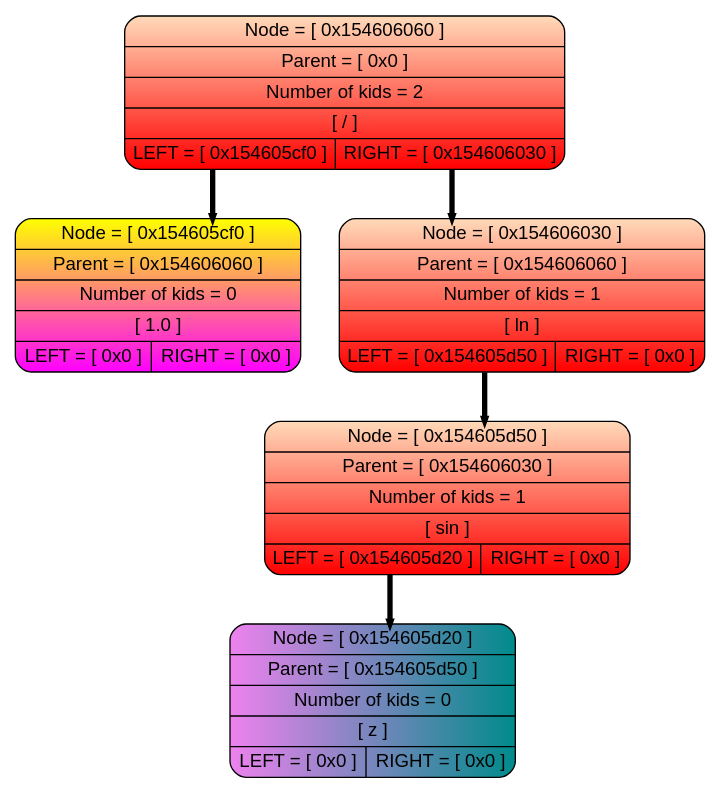
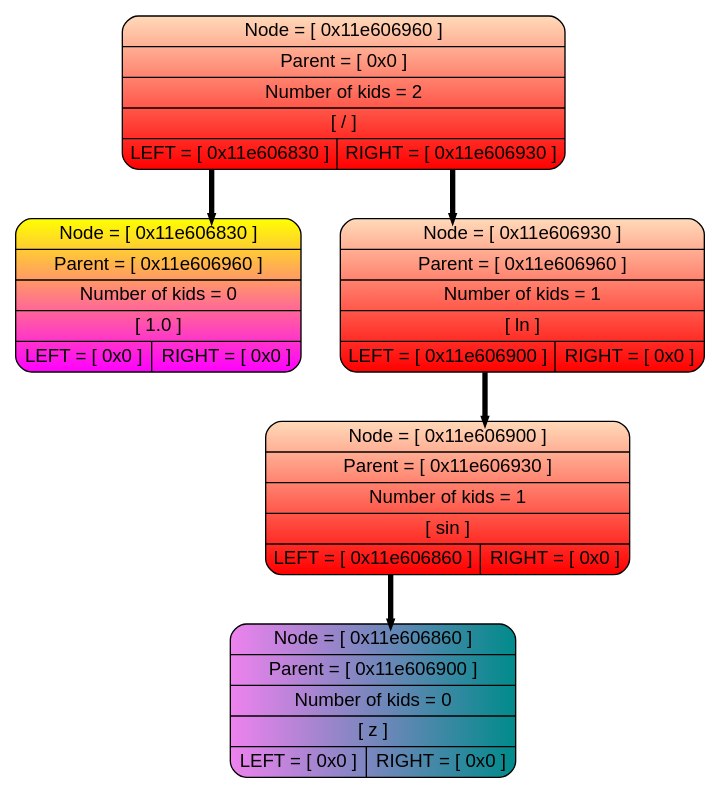
The diagram in Dump-source/dump.dot (livlavr/Differentiator), drawn with Graphviz before and after one commit. The commit also changed 8 other files, not shown here.

```diff
--- a/Dump-source/dump.dot
+++ b/Dump-source/dump.dot
@@ -1,16 +1,16 @@
 digraph tree{
 splines=ortho;
 rankdir=HR;
 nodesep=0.4;
 node [shape=record, fontname="Arial"];
 edge [style=bold, color="black", weight=10, penwidth=4, arrowsize=0.2];
-P0x154606060 [style = "filled, rounded", fillcolor="peachpuff:red" gradientangle=270,label=" {Node = [ 0x154606060 ] | Parent = [ 0x0 ] | Number of kids = 2 |[ / ] | { <l> LEFT = [ 0x154605cf0 ] | <r> RIGHT = [ 0x154606030 ]}}" ];
-P0x154605cf0 [style = "filled, rounded", fillcolor="yellow:magenta" gradientangle=270,label=" {Node = [ 0x154605cf0 ] | Parent = [ 0x154606060 ] | Number of kids = 0 | [ 1.0 ] | { <l> LEFT = [ 0x0 ] | <r> RIGHT = [ 0x0 ]}}" ];
-P0x154606030 [style = "filled, rounded", fillcolor="peachpuff:red" gradientangle=270,label=" {Node = [ 0x154606030 ] | Parent = [ 0x154606060 ] | Number of kids = 1 |[ ln ] | { <l> LEFT = [ 0x154605d50 ] | <r> RIGHT = [ 0x0 ]}}" ];
-P0x154605d50 [style = "filled, rounded", fillcolor="peachpuff:red" gradientangle=270,label=" {Node = [ 0x154605d50 ] | Parent = [ 0x154606030 ] | Number of kids = 1 |[ sin ] | { <l> LEFT = [ 0x154605d20 ] | <r> RIGHT = [ 0x0 ]}}" ];
-P0x154605d20 [style = "filled, rounded", fillcolor="violet:darkcyan"label=" {Node = [ 0x154605d20 ] | Parent = [ 0x154605d50 ] | Number of kids = 0 |[ z ] | { <l> LEFT = [ 0x0 ] | <r> RIGHT = [ 0x0 ]}}" ];
-P0x154605d50:<l> -> P0x154605d20
-P0x154606030:<l> -> P0x154605d50
-P0x154606060:<l> -> P0x154605cf0
-P0x154606060:<r> -> P0x154606030
+P0x11e606960 [style = "filled, rounded", fillcolor="peachpuff:red" gradientangle=270,label=" {Node = [ 0x11e606960 ] | Parent = [ 0x0 ] | Number of kids = 2 |[ / ] | { <l> LEFT = [ 0x11e606830 ] | <r> RIGHT = [ 0x11e606930 ]}}" ];
+P0x11e606830 [style = "filled, rounded", fillcolor="yellow:magenta" gradientangle=270,label=" {Node = [ 0x11e606830 ] | Parent = [ 0x11e606960 ] | Number of kids = 0 | [ 1.0 ] | { <l> LEFT = [ 0x0 ] | <r> RIGHT = [ 0x0 ]}}" ];
+P0x11e606930 [style = "filled, rounded", fillcolor="peachpuff:red" gradientangle=270,label=" {Node = [ 0x11e606930 ] | Parent = [ 0x11e606960 ] | Number of kids = 1 |[ ln ] | { <l> LEFT = [ 0x11e606900 ] | <r> RIGHT = [ 0x0 ]}}" ];
+P0x11e606900 [style = "filled, rounded", fillcolor="peachpuff:red" gradientangle=270,label=" {Node = [ 0x11e606900 ] | Parent = [ 0x11e606930 ] | Number of kids = 1 |[ sin ] | { <l> LEFT = [ 0x11e606860 ] | <r> RIGHT = [ 0x0 ]}}" ];
+P0x11e606860 [style = "filled, rounded", fillcolor="violet:darkcyan"label=" {Node = [ 0x11e606860 ] | Parent = [ 0x11e606900 ] | Number of kids = 0 |[ z ] | { <l> LEFT = [ 0x0 ] | <r> RIGHT = [ 0x0 ]}}" ];
+P0x11e606900:<l> -> P0x11e606860
+P0x11e606930:<l> -> P0x11e606900
+P0x11e606960:<l> -> P0x11e606830
+P0x11e606960:<r> -> P0x11e606930
 }
```
